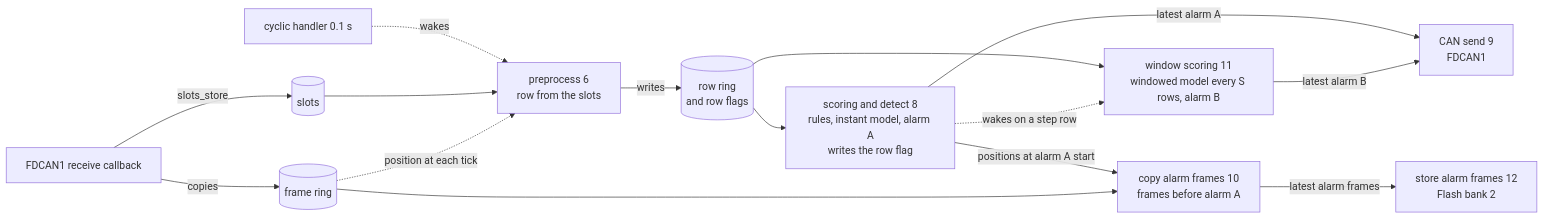
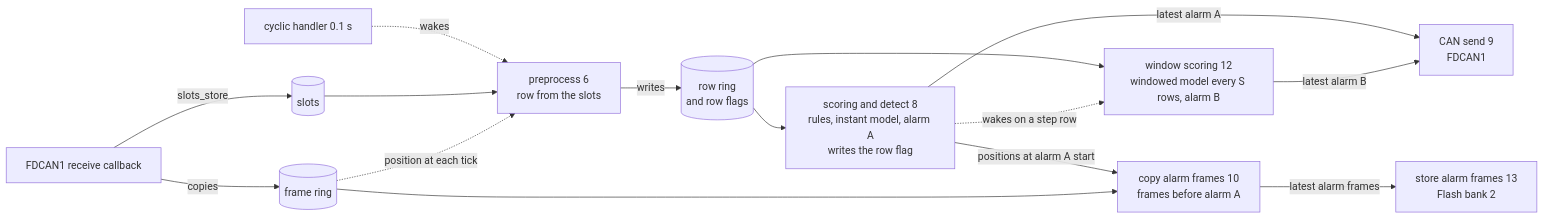
One commit to asana17/ai_can_anomaly_detection changed the diagram in board/docs/goal_window.md. Above: the diagram before and after it, drawn with Mermaid. The commit also changed 6 other files, not shown here.

````diff
--- a/board/docs/goal_window.md
+++ b/board/docs/goal_window.md
@@ -88,17 +88,17 @@
 ```mermaid
 flowchart LR
     irq["FDCAN1 receive callback"] -- slots_store --> slots[(slots)]
     irq -- copies --> frames[(frame ring)]
     tick[cyclic handler 0.1 s] -. wakes .-> pre
     slots --> pre["preprocess 6<br/>row from the slots"]
     frames -. position at each tick .-> pre
     pre -- writes --> ring[(row ring<br/>and row flags)]
     ring --> sd["scoring and detect 8<br/>rules, instant model, alarm A<br/>writes the row flag"]
-    ring --> win["window scoring 11<br/>windowed model every S rows, alarm B"]
+    ring --> win["window scoring 12<br/>windowed model every S rows, alarm B"]
     sd -. wakes on a step row .-> win
     sd -- latest alarm A --> can["CAN send 9<br/>FDCAN1"]
     win -- latest alarm B --> can
     sd -- positions at alarm A start --> copy["copy alarm frames 10<br/>frames before alarm A"]
     frames --> copy
-    copy -- latest alarm frames --> store["store alarm frames 12<br/>Flash bank 2"]
+    copy -- latest alarm frames --> store["store alarm frames 13<br/>Flash bank 2"]
 ```
````
